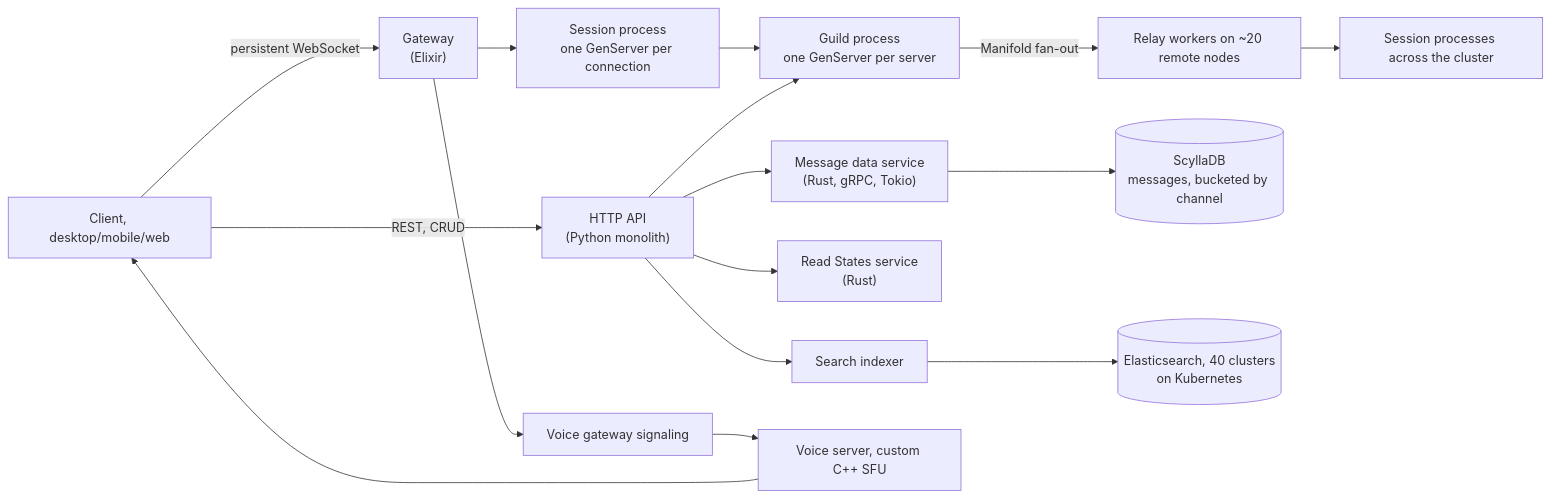
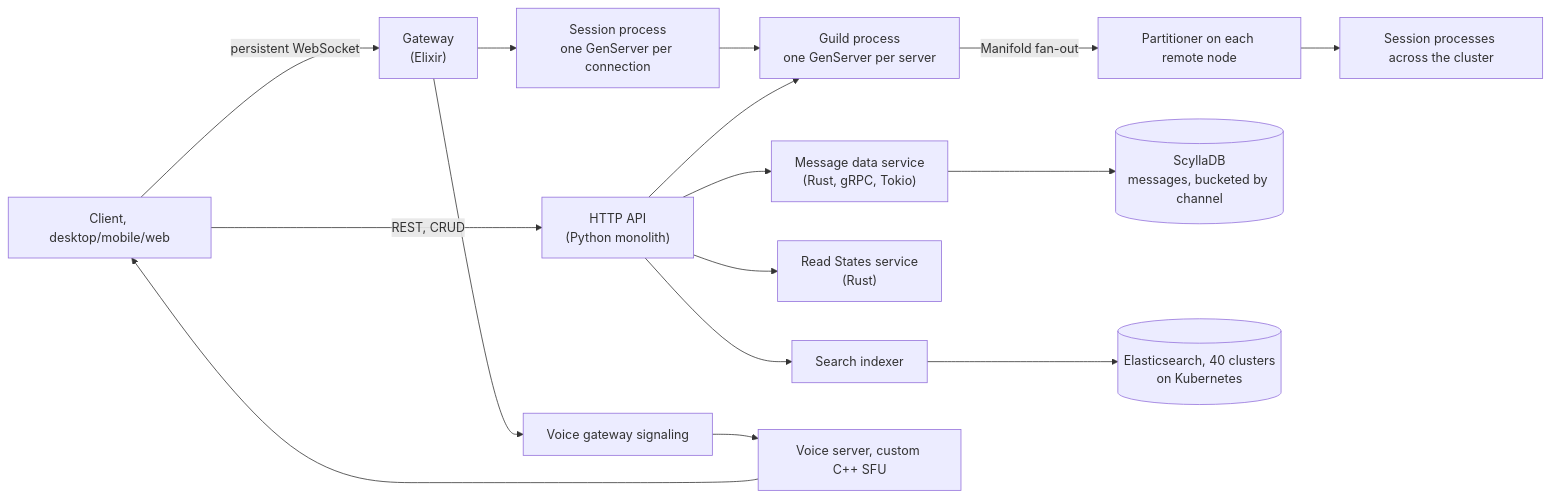
One commit to alwin-verus/big-tech-system-design changed the second of 7 diagrams in companies/discord.md. Above: the diagram before and after it, drawn with Mermaid. The commit also changed other lines of this file and 56 other files, not shown here.

````diff
--- a/companies/discord.md
+++ b/companies/discord.md
@@ -250,18 +359,18 @@
 ```mermaid
 flowchart LR
   C["Client, desktop/mobile/web"] -->|"REST, CRUD"| API["HTTP API<br/>(Python monolith)"]
   C -->|"persistent WebSocket"| GW["Gateway<br/>(Elixir)"]
   GW --> SESS["Session process<br/>one GenServer per connection"]
   SESS --> GUILD["Guild process<br/>one GenServer per server"]
   API --> GUILD
-  GUILD -->|"Manifold fan-out"| RELAY["Relay workers on ~20 remote nodes"]
+  GUILD -->|"Manifold fan-out"| RELAY["Partitioner on each remote node"]
   RELAY --> SESS2["Session processes across the cluster"]
   API --> DS["Message data service<br/>(Rust, gRPC, Tokio)"]
   DS --> SCY[("ScyllaDB<br/>messages, bucketed by channel")]
   API --> RS["Read States service<br/>(Rust)"]
   API --> IDX["Search indexer"]
   IDX --> ES[("Elasticsearch, 40 clusters<br/>on Kubernetes")]
   GW --> VG["Voice gateway signaling"]
   VG --> VS["Voice server, custom C++ SFU"]
   VS --> C
 ```
````
